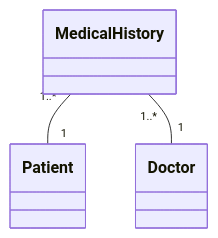
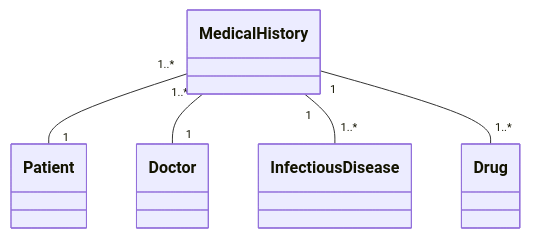
One commit to itvkist/infectious-disease changed the first of 5 diagrams in BE_README.md. Above: the diagram before and after it, drawn with Mermaid.

````diff
--- a/BE_README.md
+++ b/BE_README.md
@@ -1,6 +1,7 @@
 ```mermaid
 classDiagram
 MedicalHistory "1..*" -- "1" Patient
 MedicalHistory "1..*" -- "1" Doctor
-
+MedicalHistory "1" -- "1..*" InfectiousDisease
+MedicalHistory "1" -- "1..*" Drug
 ```
````
